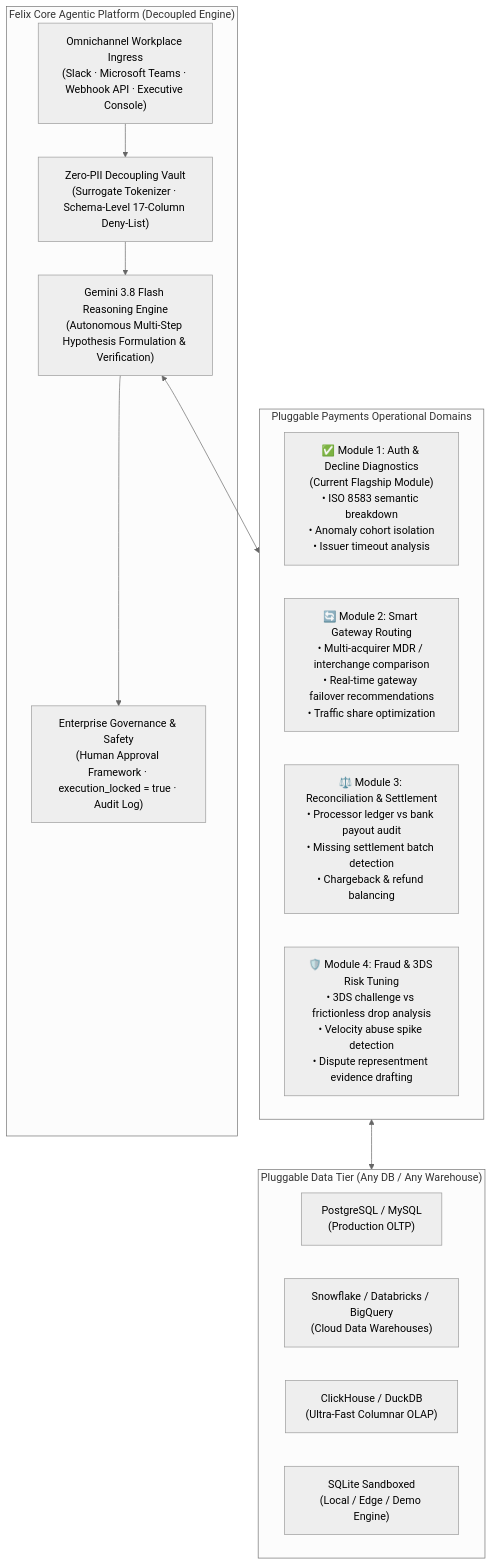
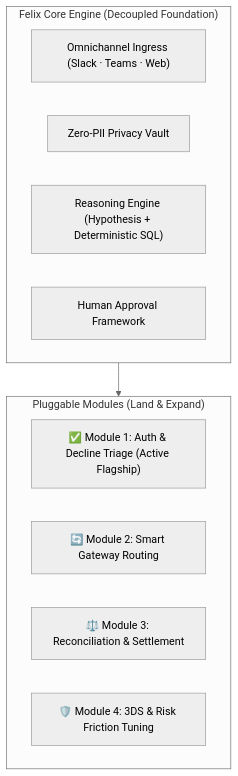
Before and after one commit to piyush07rai/felix-payments-agent: the third of 3 diagrams in README.md, drawn with Mermaid (neutral theme). The commit also changed other lines of this file, not shown here.

Commit message:
docs: streamline README with human-friendly tone, solution upfront, and PM platform vision

````diff
--- a/README.md
+++ b/README.md
@@ -267,27 +187,18 @@
 ```mermaid
 flowchart TD
-    subgraph CorePlatform["Felix Core Agentic Platform (Decoupled Engine)"]
-        Ingress["Omnichannel Workplace Ingress\n(Slack · Microsoft Teams · Webhook API · Executive Console)"]
-        Vault["Zero-PII Decoupling Vault\n(Surrogate Tokenizer · Schema-Level 17-Column Deny-List)"]
-        Planner["Gemini 3.8 Flash Reasoning Engine\n(Autonomous Multi-Step Hypothesis Formulation & Verification)"]
-        Governance["Enterprise Governance & Safety\n(Human Approval Framework · execution_locked = true · Audit Log)"]
+    subgraph CorePlatform["Felix Core Engine (Decoupled Foundation)"]
+        Ingress["Omnichannel Ingress (Slack · Teams · Web)"]
+        Vault["Zero-PII Privacy Vault"]
+        Planner["Reasoning Engine (Hypothesis + Deterministic SQL)"]
+        Governance["Human Approval Framework"]
     end
 
-    subgraph PluggableModules["Pluggable Payments Operational Domains"]
-        Mod1["✅ Module 1: Auth & Decline Diagnostics\n(Current Flagship Module)\n• ISO 8583 semantic breakdown\n• Anomaly cohort isolation\n• Issuer timeout analysis"]
-        Mod2["🔄 Module 2: Smart Gateway Routing\n• Multi-acquirer MDR / interchange comparison\n• Real-time gateway failover recommendations\n• Traffic share optimization"]
-        Mod3["⚖️ Module 3: Reconciliation & Settlement\n• Processor ledger vs bank payout audit\n• Missing settlement batch detection\n• Chargeback & refund balancing"]
-        Mod4["🛡️ Module 4: Fraud & 3DS Risk Tuning\n• 3DS challenge vs frictionless drop analysis\n• Velocity abuse spike detection\n• Dispute representment evidence drafting"]
+    subgraph Expansion["Pluggable Modules (Land & Expand)"]
+        Mod1["✅ Module 1: Auth & Decline Triage (Active Flagship)"]
+        Mod2["🔄 Module 2: Smart Gateway Routing"]
+        Mod3["⚖️ Module 3: Reconciliation & Settlement"]
+        Mod4["🛡️ Module 4: 3DS & Risk Friction Tuning"]
     end
 
-    subgraph PluggableData["Pluggable Data Tier (Any DB / Any Warehouse)"]
-        Postgres["PostgreSQL / MySQL\n(Production OLTP)"]
-        Snowflake["Snowflake / Databricks / BigQuery\n(Cloud Data Warehouses)"]
-        ClickHouse["ClickHouse / DuckDB\n(Ultra-Fast Columnar OLAP)"]
-        SQLite["SQLite Sandboxed\n(Local / Edge / Demo Engine)"]
-    end
-
-    Ingress --> Vault --> Planner --> Governance
-    Planner <--> PluggableModules
-    PluggableModules <--> PluggableData
+    CorePlatform --> Expansion
 ```
````
